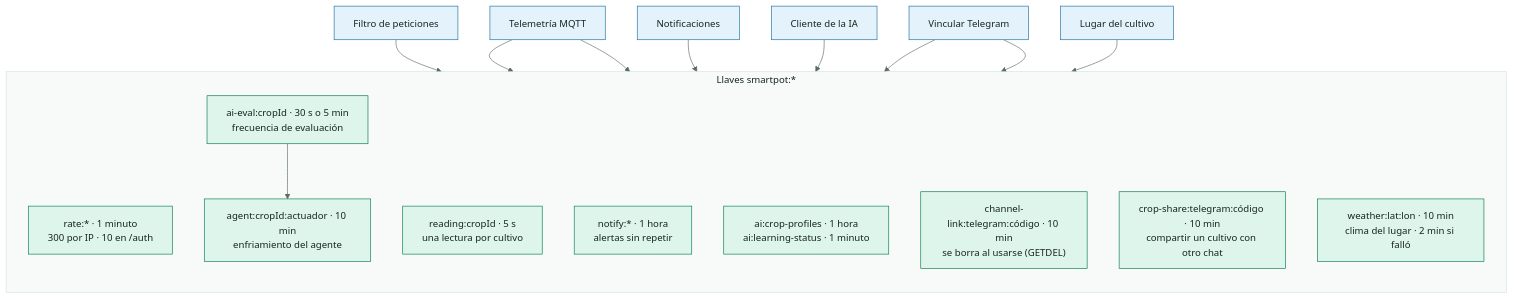
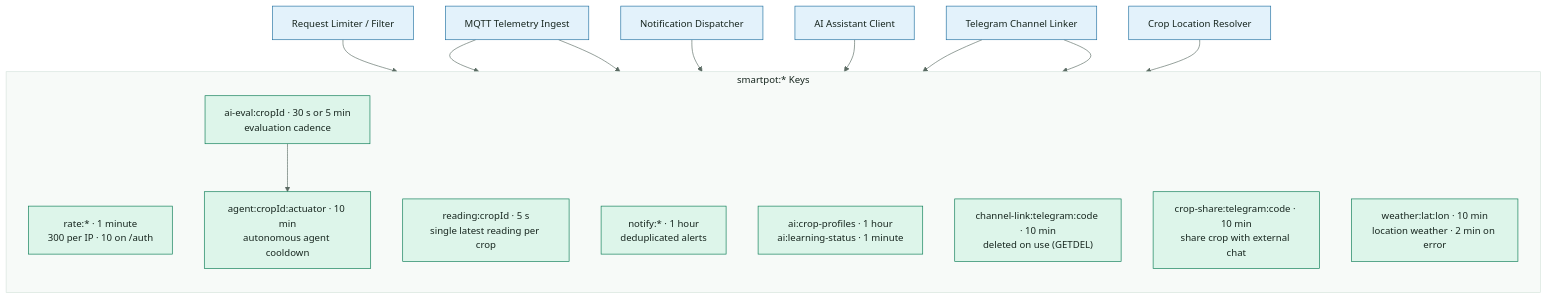
Before and after one commit to SmartPotTech/SmartPot-Cache: the diagram in docs/diagrams/SmartPot_Cache_01_Keys.mmd, drawn with Mermaid. The commit also changed 8 other files, not shown here.

Commit message:
docs(specs): synchronize 100% english documentation, diagrams, and formal deliverables

```diff
--- a/docs/diagrams/SmartPot_Cache_01_Keys.mmd
+++ b/docs/diagrams/SmartPot_Cache_01_Keys.mmd
@@ -1,31 +1,31 @@
 %%{init: {"theme": "base", "fontFamily": "Segoe UI, Arial, sans-serif", "themeVariables": {"fontFamily": "Segoe UI, Arial, sans-serif", "fontSize": "15px", "primaryColor": "#DDF5EA", "primaryTextColor": "#17261F", "primaryBorderColor": "#067A52", "secondaryColor": "#E3F2FB", "secondaryTextColor": "#17261F", "secondaryBorderColor": "#1F6FA0", "tertiaryColor": "#F2F7F4", "tertiaryTextColor": "#17261F", "tertiaryBorderColor": "#D5E3DC", "lineColor": "#5B6B63", "textColor": "#17261F", "mainBkg": "#DDF5EA", "nodeBorder": "#067A52", "clusterBkg": "#F7FAF8", "clusterBorder": "#D5E3DC", "edgeLabelBackground": "#FFFFFF", "actorBkg": "#067A52", "actorBorder": "#0B3D2B", "actorTextColor": "#FFFFFF", "actorLineColor": "#5B6B63", "signalColor": "#17261F", "signalTextColor": "#17261F", "labelBoxBkgColor": "#0B3D2B", "labelBoxBorderColor": "#0B3D2B", "labelTextColor": "#FFFFFF", "loopTextColor": "#0B3D2B", "noteBkgColor": "#FDF4DD", "noteBorderColor": "#C98D12", "noteTextColor": "#17261F", "activationBkgColor": "#DDF5EA", "activationBorderColor": "#067A52", "attributeBackgroundColorOdd": "#FFFFFF", "attributeBackgroundColorEven": "#F2F7F4"}}}%%
 flowchart TB
-  subgraph llaves["Llaves smartpot:*"]
+  subgraph keys["smartpot:* Keys"]
     direction TB
-    rate["rate:* · 1 minuto<br/>300 por IP · 10 en /auth"]
-    reading["reading:cropId · 5 s<br/>una lectura por cultivo"]
-    aieval["ai-eval:cropId · 30 s o 5 min<br/>frecuencia de evaluación"]
-    agent["agent:cropId:actuador · 10 min<br/>enfriamiento del agente"]
-    notify["notify:* · 1 hora<br/>alertas sin repetir"]
-    profiles["ai:crop-profiles · 1 hora<br/>ai:learning-status · 1 minuto"]
-    link["channel-link:telegram:código · 10 min<br/>se borra al usarse (GETDEL)"]
-    share["crop-share:telegram:código · 10 min<br/>compartir un cultivo con otro chat"]
-    weather["weather:lat:lon · 10 min<br/>clima del lugar · 2 min si falló"]
+    rate["rate:* · 1 minute<br/>300 per IP · 10 on /auth"]
+    reading["reading:cropId · 5 s<br/>single latest reading per crop"]
+    aieval["ai-eval:cropId · 30 s or 5 min<br/>evaluation cadence"]
+    agent["agent:cropId:actuator · 10 min<br/>autonomous agent cooldown"]
+    notify["notify:* · 1 hour<br/>deduplicated alerts"]
+    profiles["ai:crop-profiles · 1 hour<br/>ai:learning-status · 1 minute"]
+    link["channel-link:telegram:code · 10 min<br/>deleted on use (GETDEL)"]
+    share["crop-share:telegram:code · 10 min<br/>share crop with external chat"]
+    weather["weather:lat:lon · 10 min<br/>location weather · 2 min on error"]
   end
-  http["Filtro de peticiones"] --> rate
-  mqtt["Telemetría MQTT"] --> reading
+  http["Request Limiter / Filter"] --> rate
+  mqtt["MQTT Telemetry Ingest"] --> reading
   mqtt --> aieval --> agent
-  alerts["Notificaciones"] --> notify
-  ai["Cliente de la IA"] --> profiles
-  tg["Vincular Telegram"] --> link
+  alerts["Notification Dispatcher"] --> notify
+  ai["AI Assistant Client"] --> profiles
+  tg["Telegram Channel Linker"] --> link
   tg --> share
-  crops["Lugar del cultivo"] --> weather
+  crops["Crop Location Resolver"] --> weather
   classDef leaf fill:#DDF5EA,stroke:#067A52,color:#17261F
   classDef water fill:#E3F2FB,stroke:#1F6FA0,color:#17261F
   classDef sun fill:#FDF4DD,stroke:#C98D12,color:#17261F
   classDef clay fill:#FBE9E1,stroke:#B85A38,color:#17261F
   classDef core fill:#067A52,stroke:#0B3D2B,color:#FFFFFF
   classDef deep fill:#0B3D2B,stroke:#06281C,color:#FFFFFF
   classDef muted fill:#F2F7F4,stroke:#5B6B63,color:#17261F
   class rate,reading,aieval,agent,notify,profiles,link,share,weather leaf
   class http,mqtt,alerts,ai,tg,crops water
```
